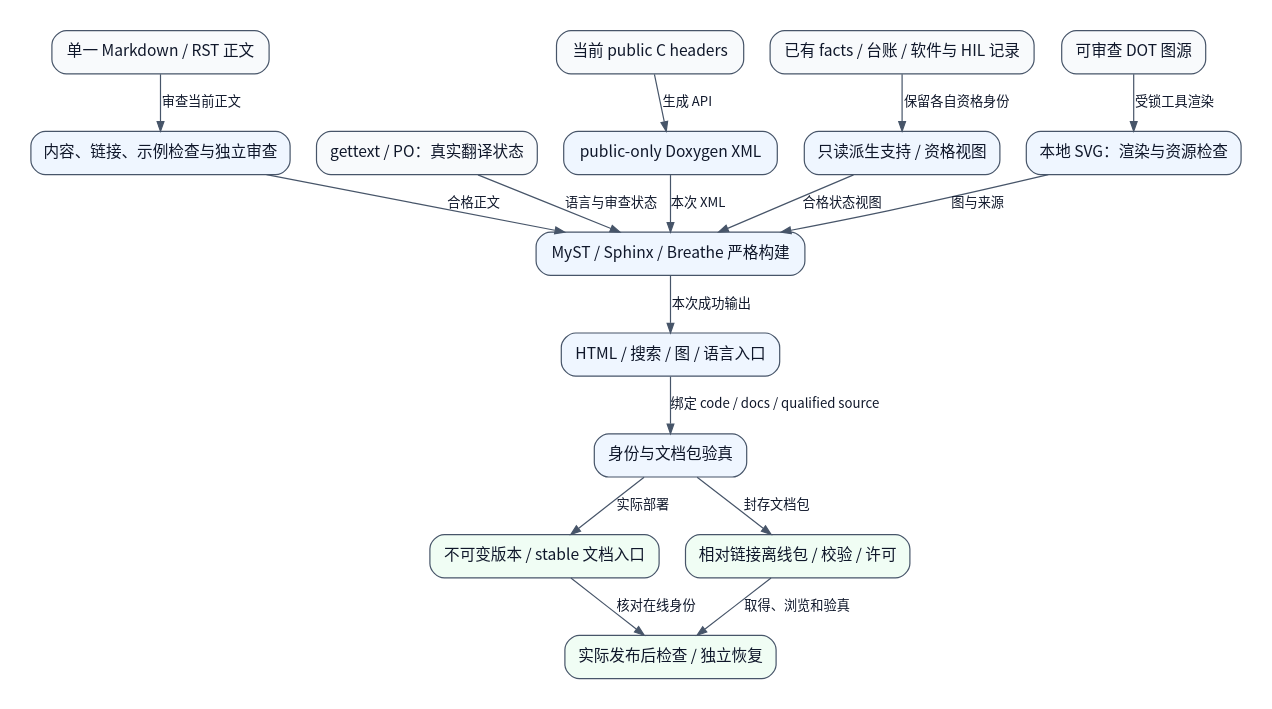
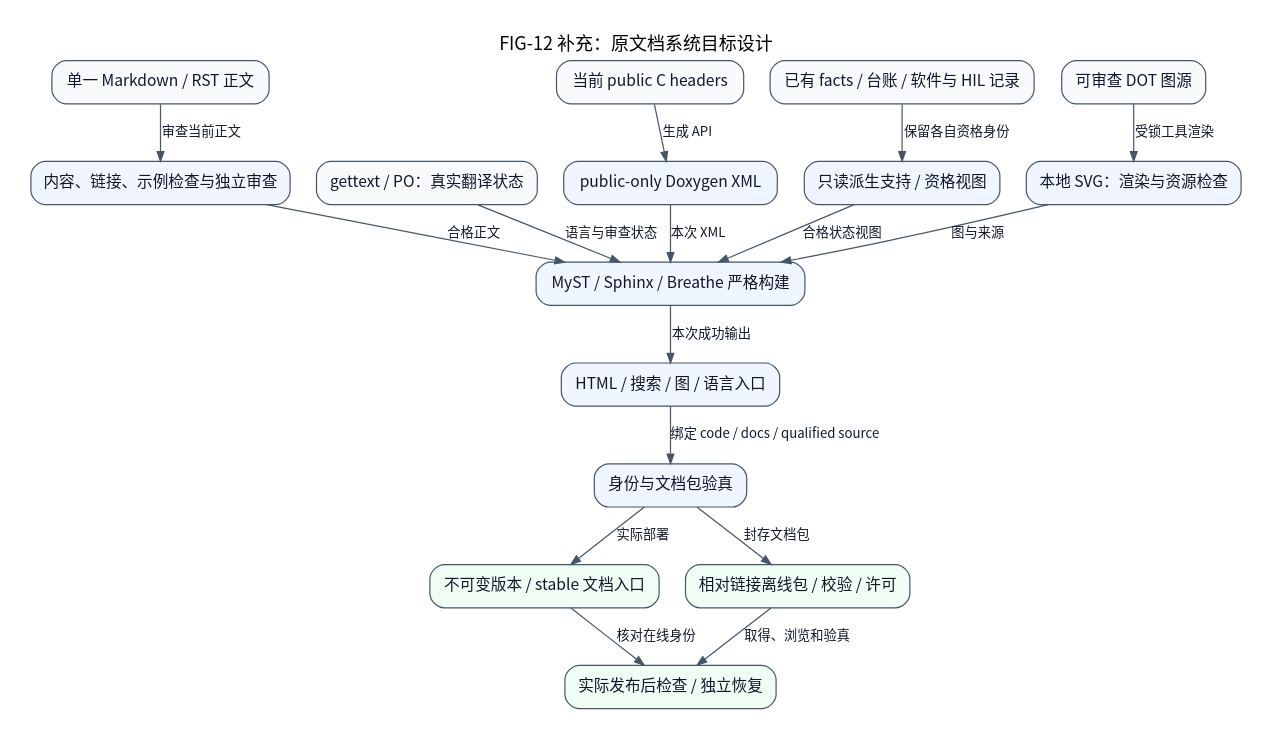
The diagram in docs/assets/diagrams/documentation-target.dot (X-Gen-Lab/nexus), drawn with Graphviz before and after one commit. The commit also changed 169 other files, not shown here.

```diff
--- a/docs/assets/diagrams/documentation-target.dot
+++ b/docs/assets/diagrams/documentation-target.dot
@@ -1,41 +1,41 @@
 // FIG-12 target: documentation design, not an implemented publishing system.
 // Authority: docs/design/documentation-system.md and documentation-standards.md.
 // Evidence is read; document building does not create platform qualification.
 digraph documentationTarget {
-    graph [rankdir=TB, bgcolor="white", pad=0.25, nodesep=0.30, ranksep=0.50];
+    graph [label="FIG-12 补充：原文档系统目标设计", fontname="Noto Sans CJK SC", fontsize=15, labelloc=t, rankdir=TB, bgcolor="white", pad=0.25, nodesep=0.30, ranksep=0.50];
     node [shape=box, style="rounded,filled", fillcolor="#eff6ff",
           color="#475569", fontcolor="#0f172a", fontname="Noto Sans CJK SC",
           fontsize=13, margin="0.16,0.10"];
     edge [color="#475569", fontcolor="#0f172a",
           fontname="Noto Sans CJK SC", fontsize=11, arrowsize=0.8];
     prose [label="单一 Markdown / RST 正文", fillcolor="#f8fafc"];
     headers [label="当前 public C headers", fillcolor="#f8fafc"];
     facts [label="已有 facts / 台账 / 软件与 HIL 记录", fillcolor="#f8fafc"];
     translations [label="gettext / PO：真实翻译状态", fillcolor="#f8fafc"];
     dotSources [label="可审查 DOT 图源", fillcolor="#f8fafc"];
     sourceChecks [label="内容、链接、示例检查与独立审查"];
     apiXml [label="public-only Doxygen XML"];
     statusViews [label="只读派生支持 / 资格视图"];
     localSvg [label="本地 SVG：渲染与资源检查"];
     siteBuild [label="MyST / Sphinx / Breathe 严格构建"];
     html [label="HTML / 搜索 / 图 / 语言入口"];
     identity [label="身份与文档包验真"];
     online [label="不可变版本 / stable 文档入口", fillcolor="#f0fdf4"];
     offline [label="相对链接离线包 / 校验 / 许可", fillcolor="#f0fdf4"];
     restore [label="实际发布后检查 / 独立恢复", fillcolor="#f0fdf4"];
     prose -> sourceChecks [label="审查当前正文"];
     headers -> apiXml [label="生成 API"];
     facts -> statusViews [label="保留各自资格身份"];
     dotSources -> localSvg [label="受锁工具渲染"];
     sourceChecks -> siteBuild [label="合格正文"];
     apiXml -> siteBuild [label="本次 XML"];
     statusViews -> siteBuild [label="合格状态视图"];
     translations -> siteBuild [label="语言与审查状态"];
     localSvg -> siteBuild [label="图与来源"];
     siteBuild -> html [label="本次成功输出"];
     html -> identity [label="绑定 code / docs / qualified source"];
     identity -> online [label="实际部署"];
     identity -> offline [label="封存文档包"];
     online -> restore [label="核对在线身份"];
     offline -> restore [label="取得、浏览和验真"];
 }
```
